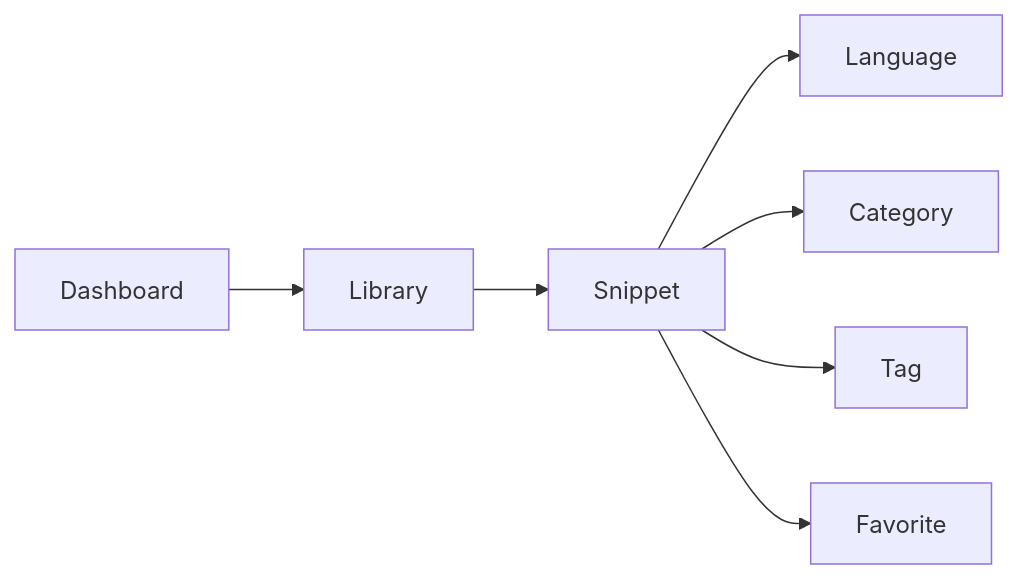
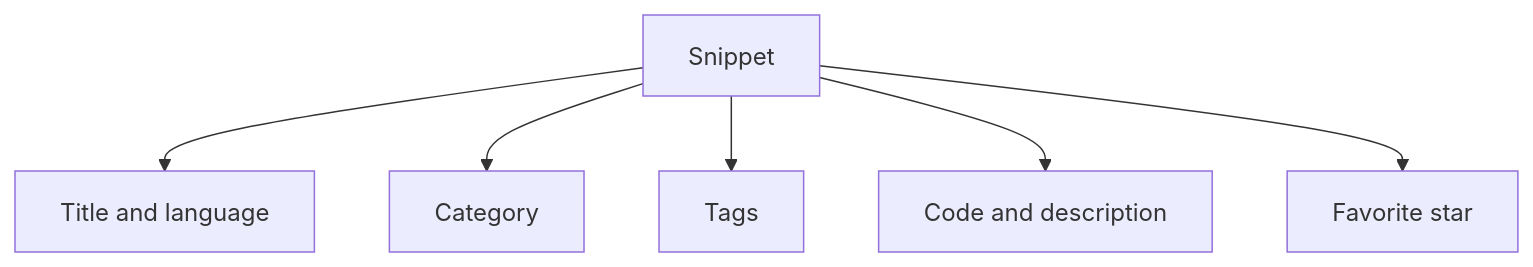
One commit to Mohita111/API2 changed the first of 2 diagrams in api2-documentation/plan_2026-11-02_f8890e/user-facing-docs/key-concepts-and-terminology.md. Above: the diagram before and after it, drawn with Mermaid. The commit also changed other lines of this file and 13 other files, not shown here.

````diff
--- a/api2-documentation/plan_2026-11-02_f8890e/user-facing-docs/key-concepts-and-terminology.md
+++ b/api2-documentation/plan_2026-11-02_f8890e/user-facing-docs/key-concepts-and-terminology.md
@@ -57,9 +48,8 @@
 ```mermaid
-graph LR
-  Dashboard --> Library
-  Library --> Snippet
-  Snippet --> Language
-  Snippet --> Category
-  Snippet --> Tag
-  Snippet --> Favorite
+graph TD
+  Snippet[Snippet] --> Info[Title and language]
+  Snippet --> Category[Category]
+  Snippet --> Tags[Tags]
+  Snippet --> Content[Code and description]
+  Snippet --> Star[Favorite star]
 ```
````
